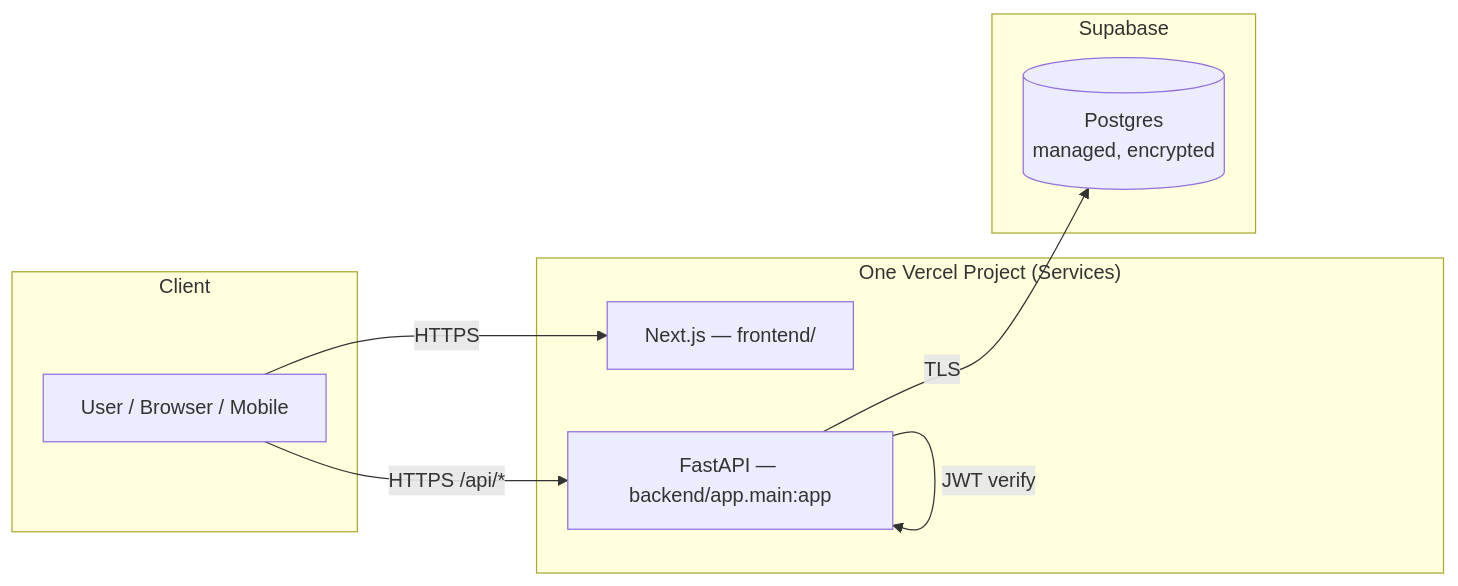
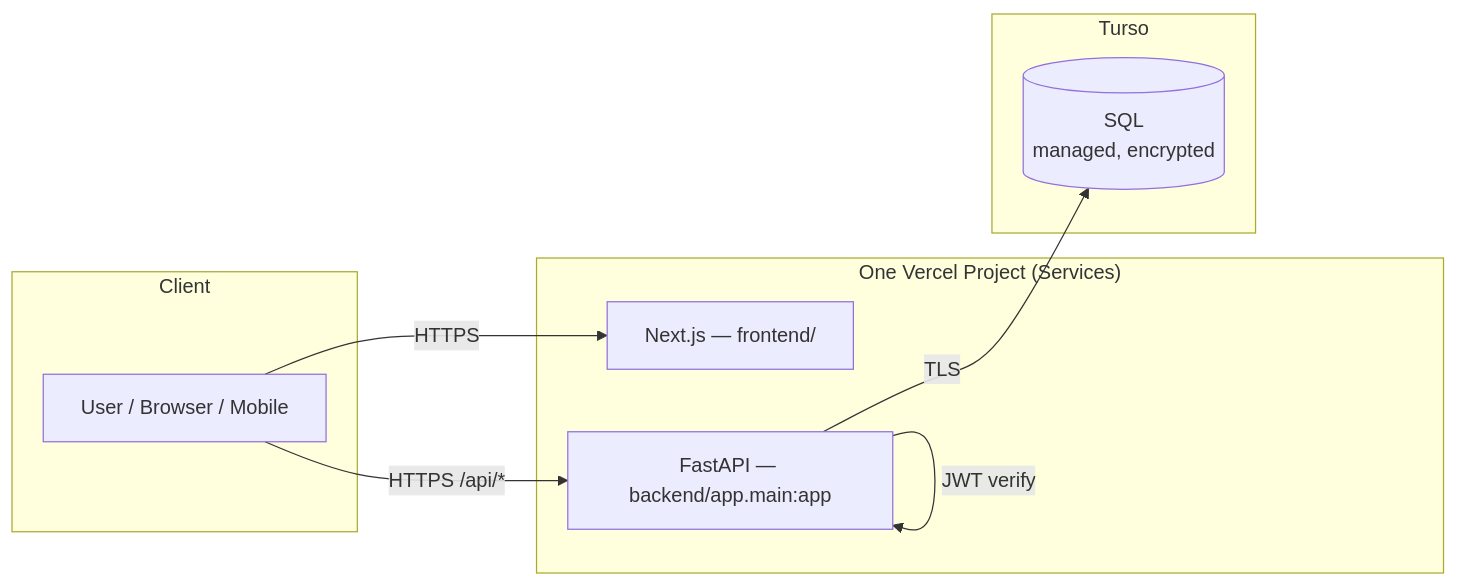
The third of 3 diagrams in docs/architecture.md (mudather490/Project-01-Task-Management-REST-API), drawn with Mermaid before and after one commit. The commit also changed other lines of this file and 7 other files, not shown here.

Commit message:
Switch DB to Turso (SQL): libsql URL support, docs

````diff
--- a/docs/architecture.md
+++ b/docs/architecture.md
@@ -79,17 +79,17 @@
 ```mermaid
 flowchart LR
     subgraph Client
         U[User / Browser / Mobile]
     end
     subgraph Vercel ["One Vercel Project (Services)"]
         W[Next.js — frontend/]
         F[FastAPI — backend/app.main:app]
     end
-    subgraph Supabase
-        DB[(Postgres<br/>managed, encrypted)]
+    subgraph Turso
+        DB[(SQL<br/>managed, encrypted)]
     end
     U --HTTPS--> W
     U --HTTPS /api/*--> F
     F --TLS--> DB
     F -->|JWT verify| F
 ```
````
